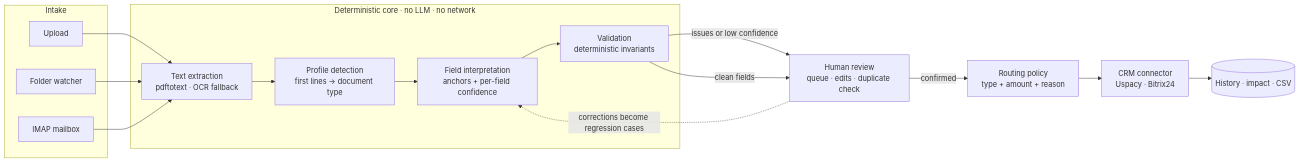
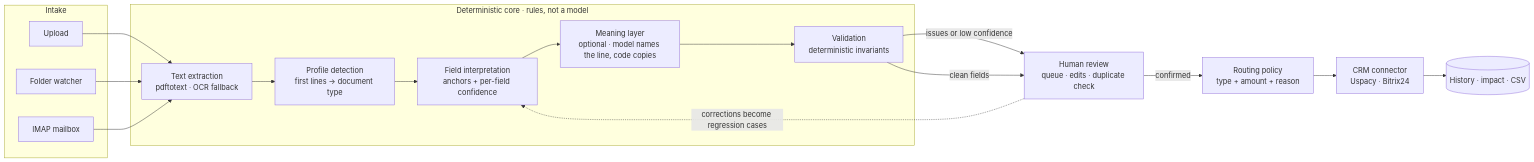
Before and after one commit to wizzhomie/docflow: the diagram in README.md, drawn with Mermaid. The commit also changed other lines of this file and 5 other files, not shown here.

First line of the commit message:
Document the turn: a model that points, a code that copies

````diff
--- a/README.md
+++ b/README.md
@@ -53,27 +55,28 @@
 ```mermaid
 flowchart LR
     subgraph intake [Intake]
         U[Upload]
         F[Folder watcher]
         M[IMAP mailbox]
     end
 
-    subgraph core [Deterministic core · no LLM · no network]
+    subgraph core [Deterministic core · rules, not a model]
         T[Text extraction<br/>pdftotext · OCR fallback]
         P[Profile detection<br/>first lines → document type]
         X[Field interpretation<br/>anchors + per-field confidence]
+        L[Meaning layer<br/>optional · model names the line, code copies]
         V[Validation<br/>deterministic invariants]
     end
 
     U --> T
     F --> T
     M --> T
-    T --> P --> X --> V
+    T --> P --> X --> L --> V
 
     V -->|issues or low confidence| R[Human review<br/>queue · edits · duplicate check]
     V -->|clean fields| R
     R -->|confirmed| D[Routing policy<br/>type + amount + reason]
     D --> C[CRM connector<br/>Uspacy · Bitrix24]
     C --> H[(History · impact · CSV)]
     R -.->|corrections become regression cases| X
 ```
````
